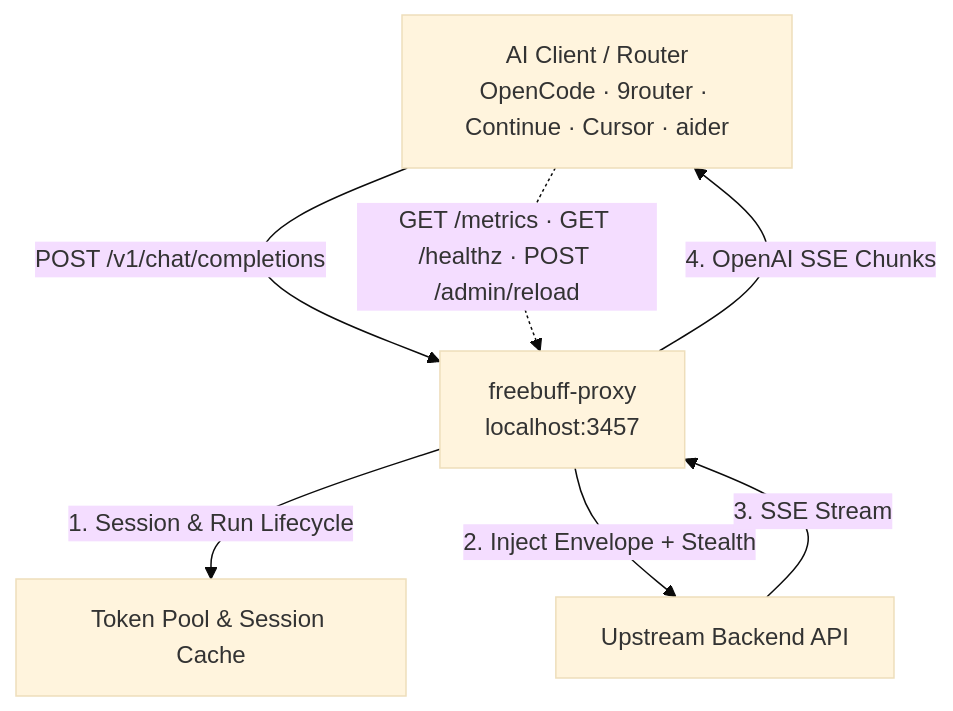
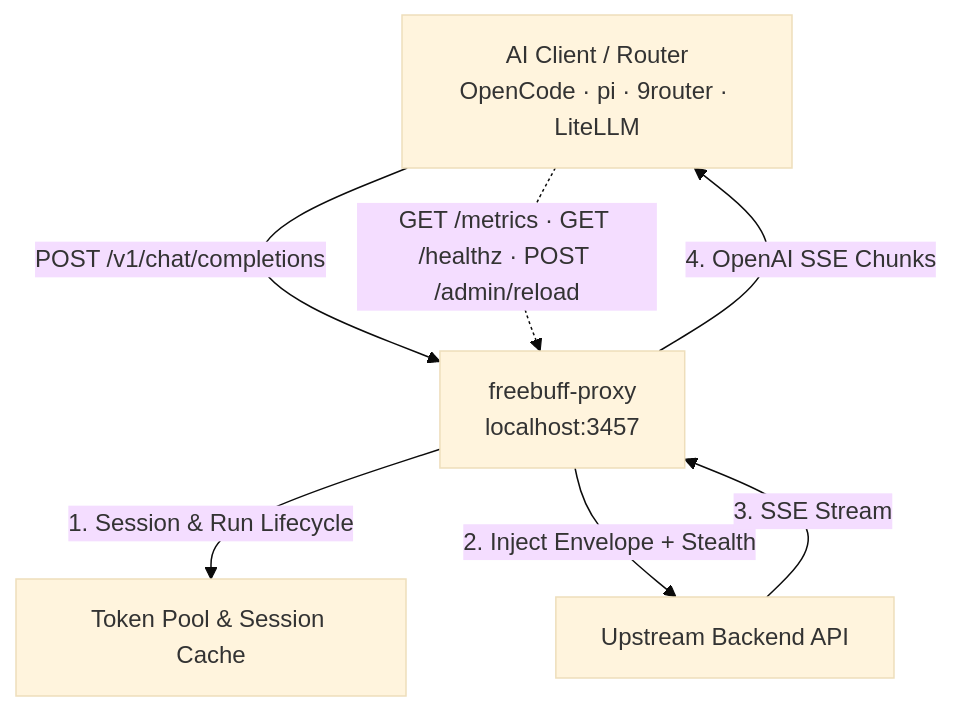
Before and after one commit to arsydoni4326-alt/freebuff-proxy: the diagram in README.md, drawn with Mermaid (base theme). The commit also changed other lines of this file and 4 other files, not shown here.

First line of the commit message:
docs: rework client docs for OpenCode/pi, pin default model, drop em dashes

````diff
--- a/README.md
+++ b/README.md
@@ -87,9 +87,9 @@
 ```mermaid
 graph TD
-    Client[AI Client / Router<br/>OpenCode · 9router · Continue · Cursor · aider] -->|POST /v1/chat/completions| Proxy[freebuff-proxy<br/>localhost:3457]
+    Client[AI Client / Router<br/>OpenCode · pi · 9router · LiteLLM] -->|POST /v1/chat/completions| Proxy[freebuff-proxy<br/>localhost:3457]
     Proxy -->|1. Session & Run Lifecycle| Pool[Token Pool & Session Cache]
     Proxy -->|2. Inject Envelope + Stealth| Upstream[Upstream Backend API]
     Upstream -->|3. SSE Stream| Proxy
     Proxy -->|4. OpenAI SSE Chunks| Client
     Client -.->|GET /metrics · GET /healthz · POST /admin/reload| Proxy
 ```
````
